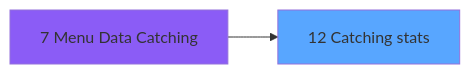
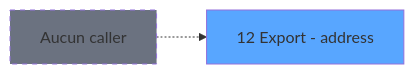
Before and after one commit to thonyAGP/magic-migration: the second of 3 diagrams in .openspec/specs/ADH-IDE-12.md, drawn with Mermaid. The commit also changed other lines of this file and 311 other files, not shown here.

````diff
--- a/.openspec/specs/ADH-IDE-12.md
+++ b/.openspec/specs/ADH-IDE-12.md
@@ -2012,8 +154,8 @@
 ```mermaid
 graph LR
-    T12[12 Catching stats]
+    T12[12 Export - address]
     style T12 fill:#58a6ff
-    CC7[7 Menu Data Catching]
-    style CC7 fill:#8b5cf6
-    CC7 --> T12
+    NONE[Aucun caller]
+    NONE -.-> T12
+    style NONE fill:#6b7280,stroke-dasharray: 5 5
 ```
````
